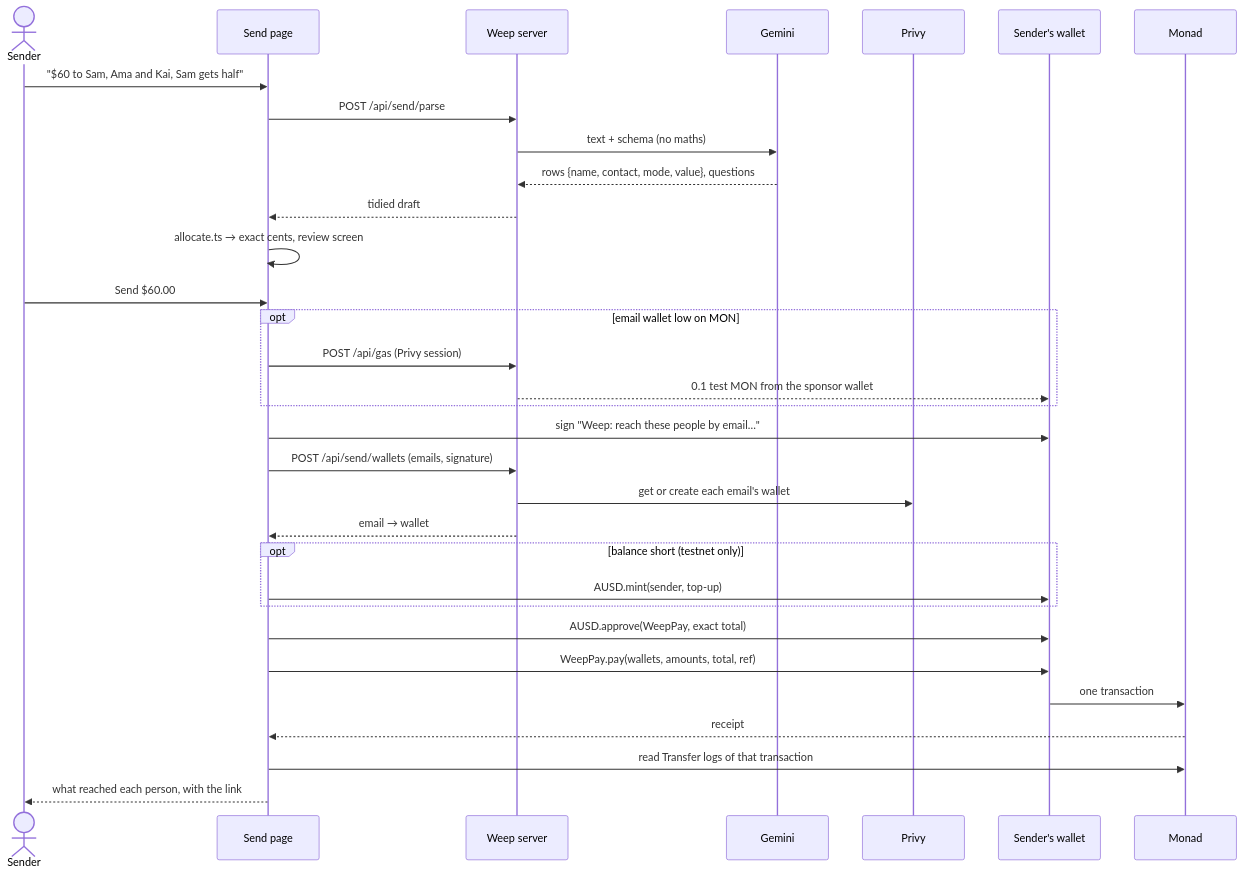
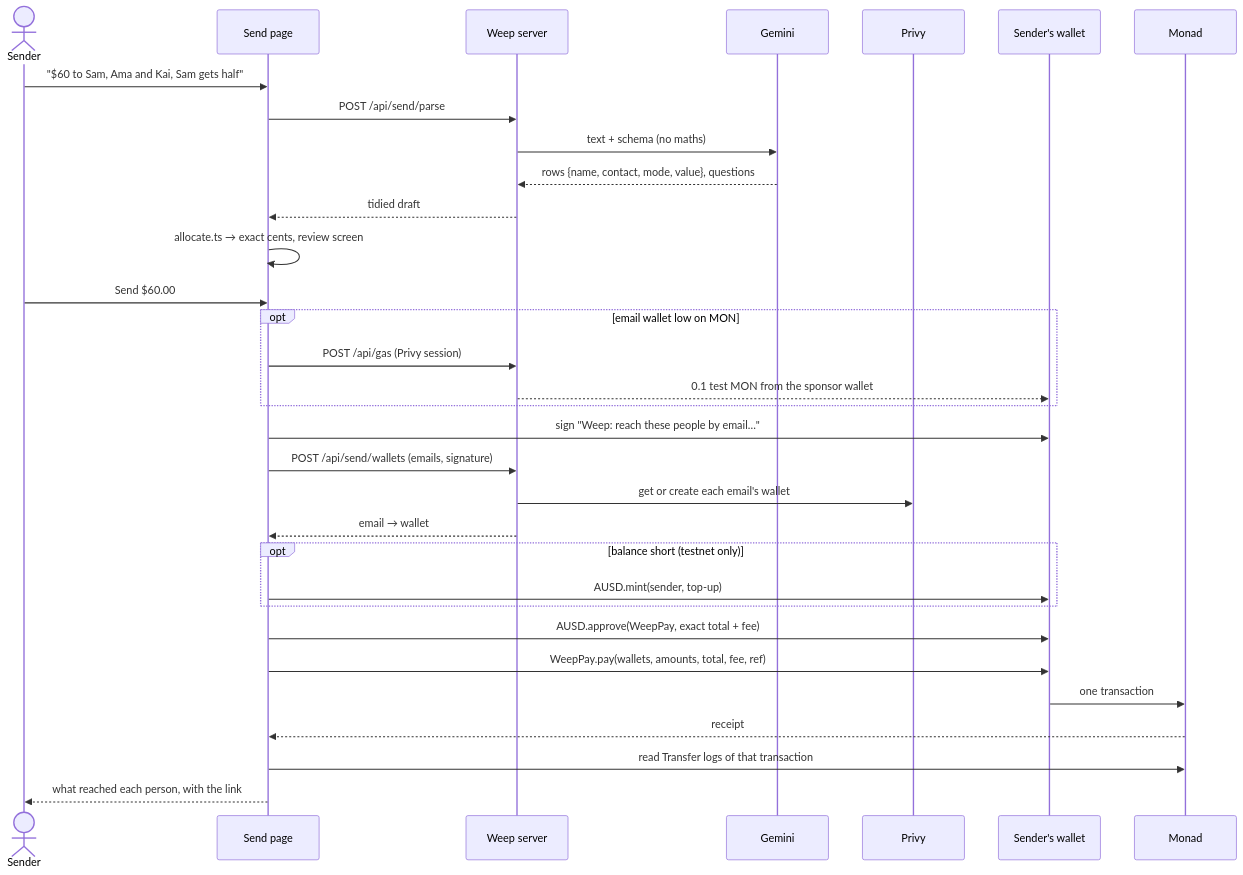
One commit to Joseph-hackathon/Weep-Protocol changed the second of 2 diagrams in docs/architecture.md. Above: the diagram before and after it, drawn with Mermaid. The commit also changed other lines of this file and 43 other files, not shown here.

````diff
--- a/docs/architecture.md
+++ b/docs/architecture.md
@@ -72,34 +71,34 @@
 ```mermaid
 sequenceDiagram
   actor S as Sender
   participant UI as Send page
   participant API as Weep server
   participant G as Gemini
   participant P as Privy
   participant W as Sender's wallet
   participant M as Monad
   S->>UI: "$60 to Sam, Ama and Kai, Sam gets half"
   UI->>API: POST /api/send/parse
   API->>G: text + schema (no maths)
   G-->>API: rows {name, contact, mode, value}, questions
   API-->>UI: tidied draft
   UI->>UI: allocate.ts → exact cents, review screen
   S->>UI: Send $60.00
   opt email wallet low on MON
     UI->>API: POST /api/gas (Privy session)
     API-->>W: 0.1 test MON from the sponsor wallet
   end
   UI->>W: sign "Weep: reach these people by email…"
   UI->>API: POST /api/send/wallets (emails, signature)
   API->>P: get or create each email's wallet
   API-->>UI: email → wallet
   opt balance short (testnet only)
     UI->>W: AUSD.mint(sender, top-up)
   end
-  UI->>W: AUSD.approve(WeepPay, exact total)
-  UI->>W: WeepPay.pay(wallets, amounts, total, ref)
+  UI->>W: AUSD.approve(WeepPay, exact total + fee)
+  UI->>W: WeepPay.pay(wallets, amounts, total, fee, ref)
   W->>M: one transaction
   M-->>UI: receipt
   UI->>M: read Transfer logs of that transaction
   UI-->>S: what reached each person, with the link
 ```
````
